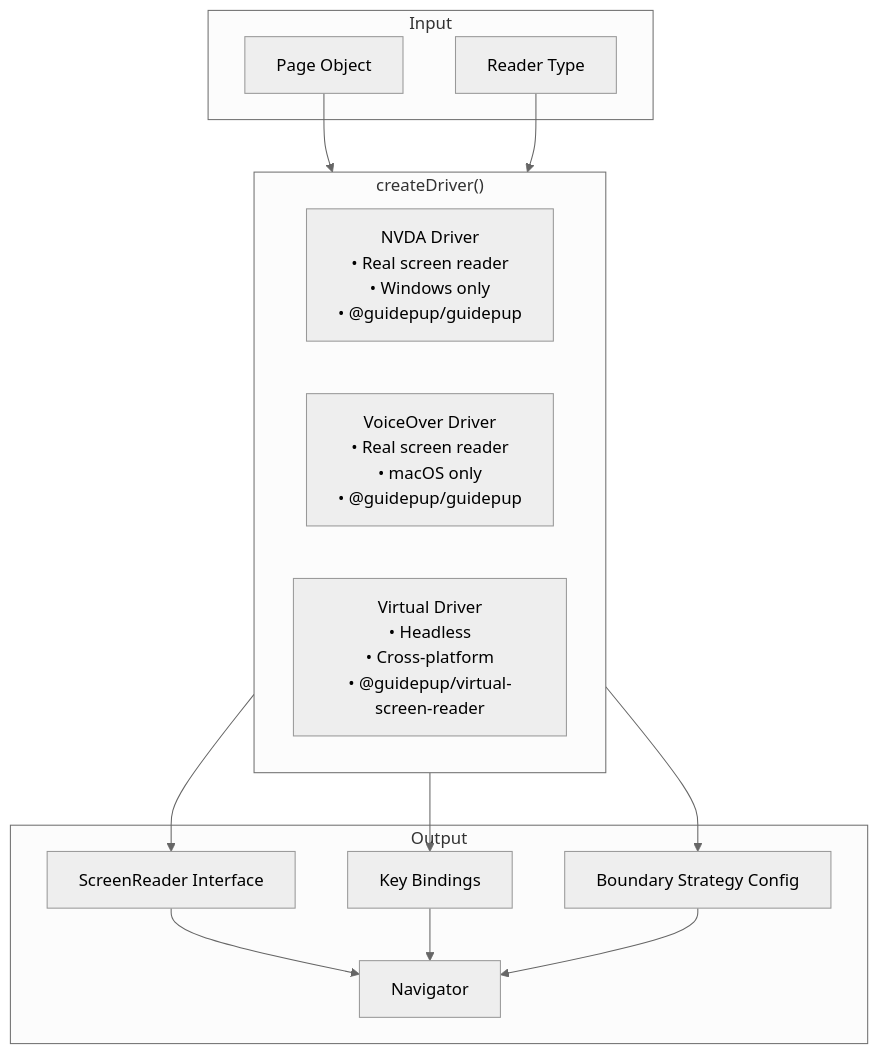
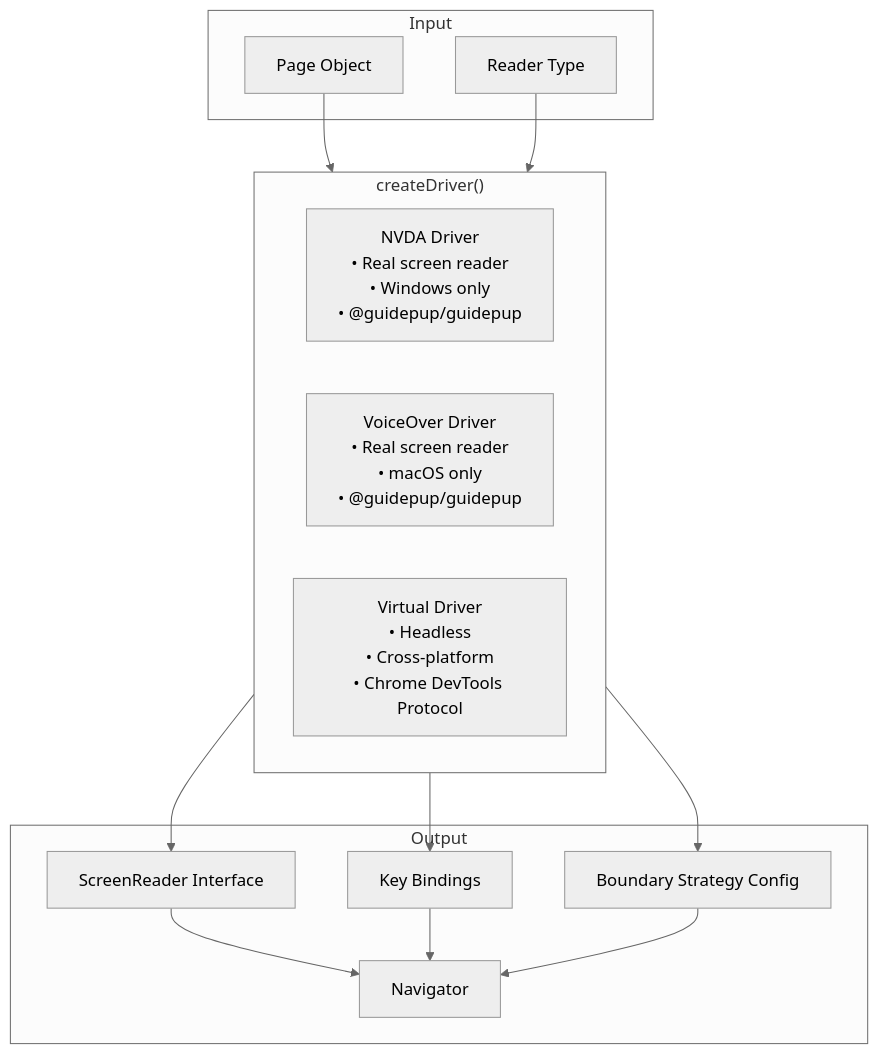
The fifth of 12 diagrams in WIKI.md (Chitova263/accessibility-audit), drawn with Mermaid (neutral theme) before and after one commit. The commit also changed other lines of this file and 74 other files, not shown here.

Commit message:
Implement virtual screen reader

````diff
--- a/WIKI.md
+++ b/WIKI.md
@@ -184,29 +184,29 @@
 ```mermaid
 flowchart TB
     subgraph Input
         PAGE["Page Object"]
         TYPE["Reader Type"]
     end
 
     subgraph DriverFactory["createDriver()"]
         NVDA["NVDA Driver<br/>• Real screen reader<br/>• Windows only<br/>• @guidepup/guidepup"]
         VOICEOVER["VoiceOver Driver<br/>• Real screen reader<br/>• macOS only<br/>• @guidepup/guidepup"]
-        VIRTUAL["Virtual Driver<br/>• Headless<br/>• Cross-platform<br/>• @guidepup/virtual-screen-reader"]
+        VIRTUAL["Virtual Driver<br/>• Headless<br/>• Cross-platform<br/>• Chrome DevTools Protocol"]
     end
 
     subgraph Output
         READER["ScreenReader Interface"]
         KEYS["Key Bindings"]
         END["Boundary Strategy Config"]
         NAV["Navigator"]
     end
 
     PAGE --> DriverFactory
     TYPE --> DriverFactory
     DriverFactory --> READER
     DriverFactory --> KEYS
     DriverFactory --> END
     READER --> NAV
     KEYS --> NAV
     END --> NAV
 ```
````
